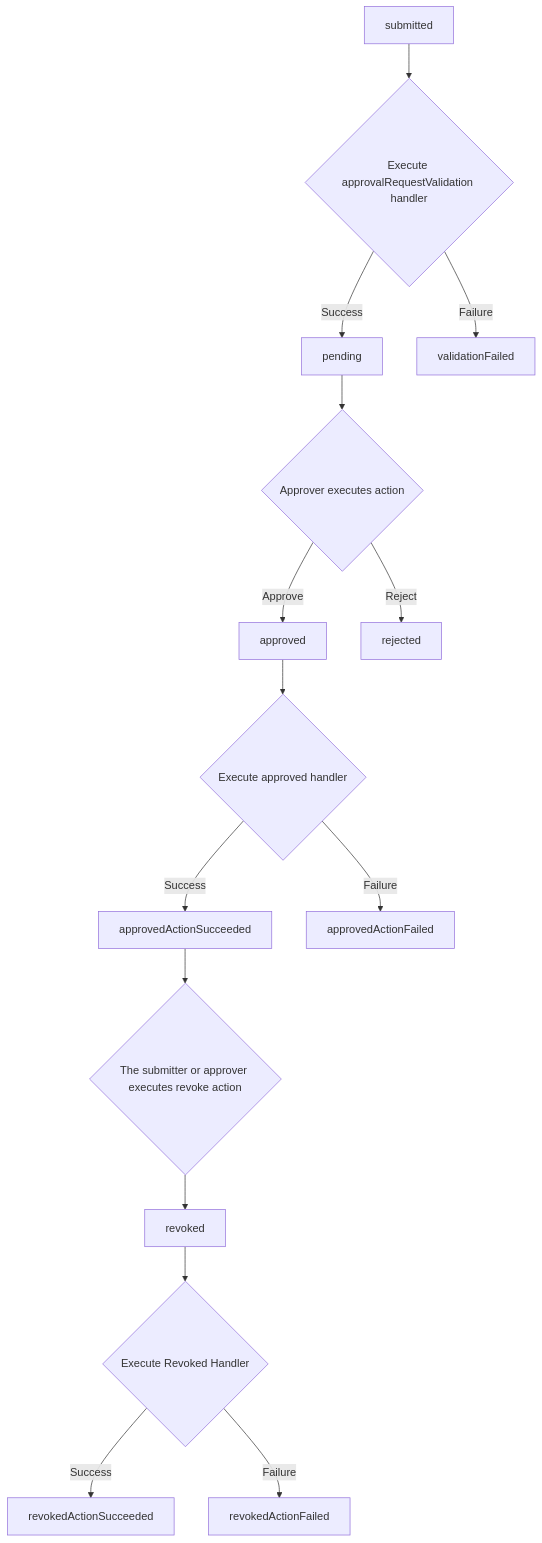
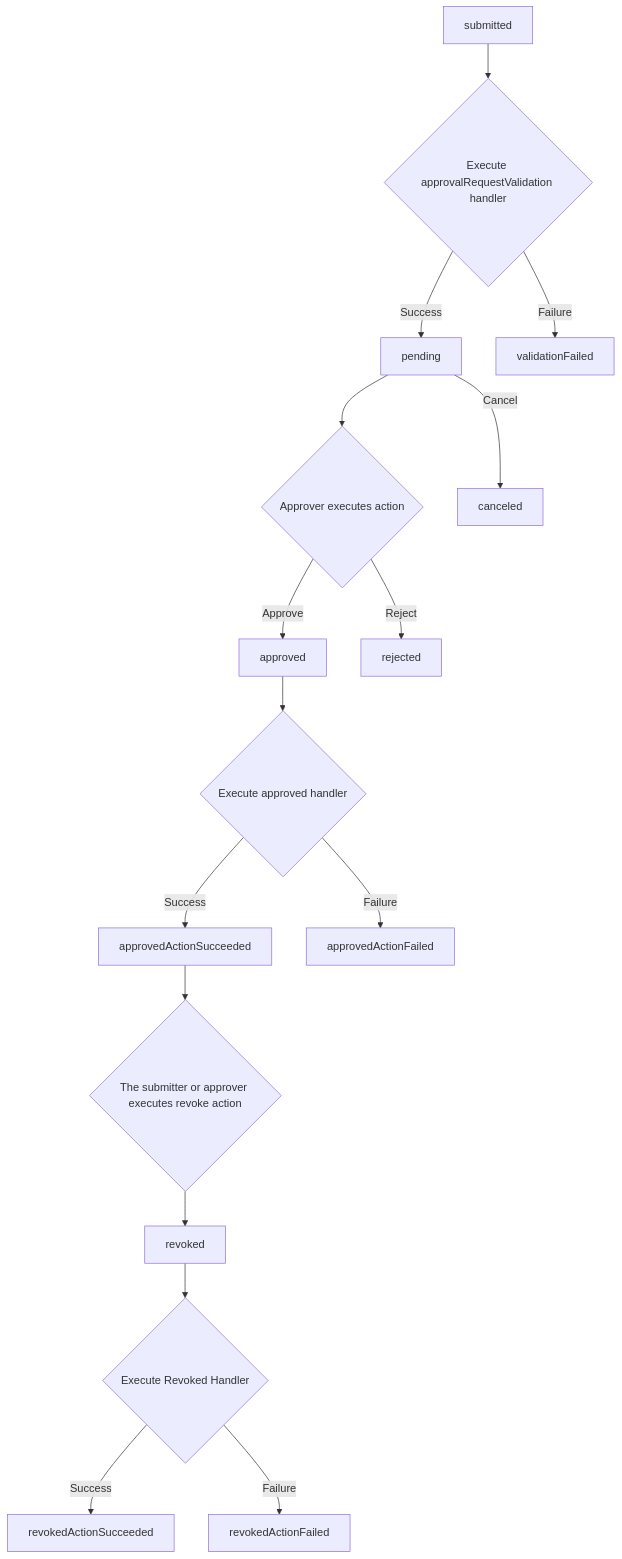
Before and after one commit to sony/stamp: the diagram in docs/development/how-to-develop-stamp-catalog.md, drawn with Mermaid. The commit also changed other lines of this file and 38 other files, not shown here.

````diff
--- a/docs/development/how-to-develop-stamp-catalog.md
+++ b/docs/development/how-to-develop-stamp-catalog.md
@@ -244,21 +244,22 @@
 ```mermaid
 flowchart TD
     submitted --> validation{Execute approvalRequestValidation handler}
     validation -->|Success| pending
     validation -->|Failure| validationFailed
 
     pending --> ApproverAction{Approver executes action}
     ApproverAction -->|Approve| approved
     ApproverAction -->|Reject| rejected
+    pending --> |Cancel| canceled
 
     approved --> approvedHandler{Execute approved handler}
     approvedHandler -->|Success| approvedActionSucceeded
     approvedHandler -->|Failure| approvedActionFailed
 
     approvedActionSucceeded --> revoke{The submitter or approver executes revoke action}
     revoke --> revoked
 
     revoked --> revokedHandler{Execute Revoked Handler}
     revokedHandler -->|Success| revokedActionSucceeded
     revokedHandler -->|Failure| revokedActionFailed
 ```
````
